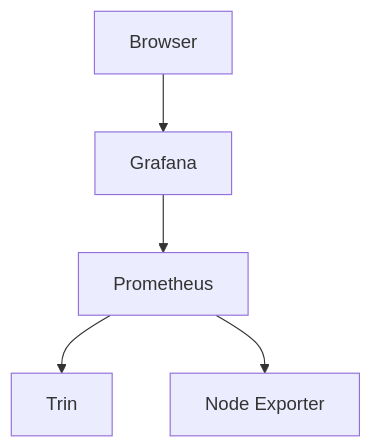
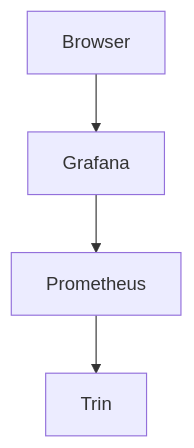
Before and after one commit to ethereum/trin: the diagram in book/src/users/monitoring.md, drawn with Mermaid. The commit also changed other lines of this file, not shown here.

````diff
--- a/book/src/users/monitoring.md
+++ b/book/src/users/monitoring.md
@@ -48,5 +44,5 @@
 ```mermaid
 graph TD;
 Browser-->Grafana-->Prometheus
-Prometheus-->Trin & node[Node Exporter]
+Prometheus-->Trin
 ```
````
